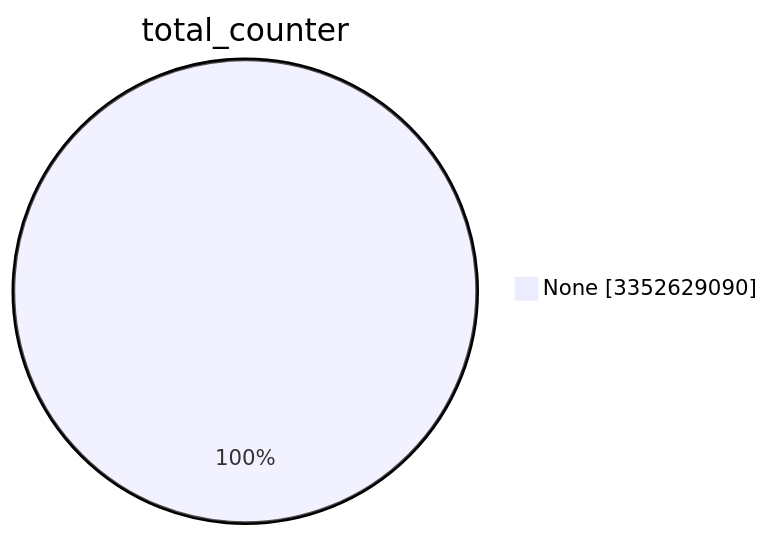
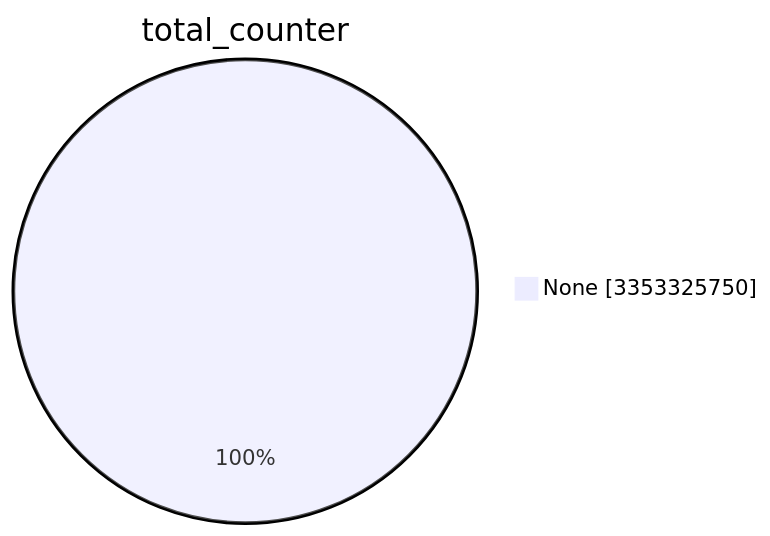
The first of 15 diagrams in TOTAL/README.md (christiankrug/ctmonitor_visualization), drawn with Mermaid before and after one commit. The commit also changed other lines of this file, not shown here.

````diff
--- a/TOTAL/README.md
+++ b/TOTAL/README.md
@@ -1,5 +1,5 @@
 ```mermaid
 pie showData
 title total_counter
-"None" :3352629090
+"None" :3353325750
 ```
````
